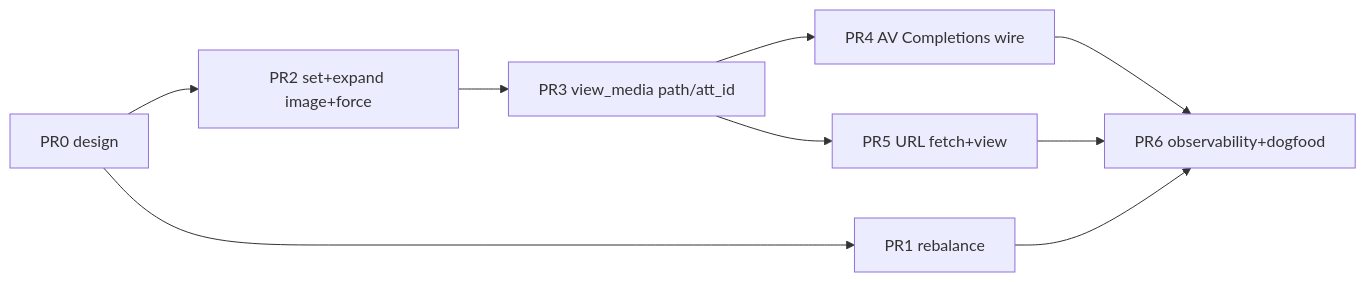
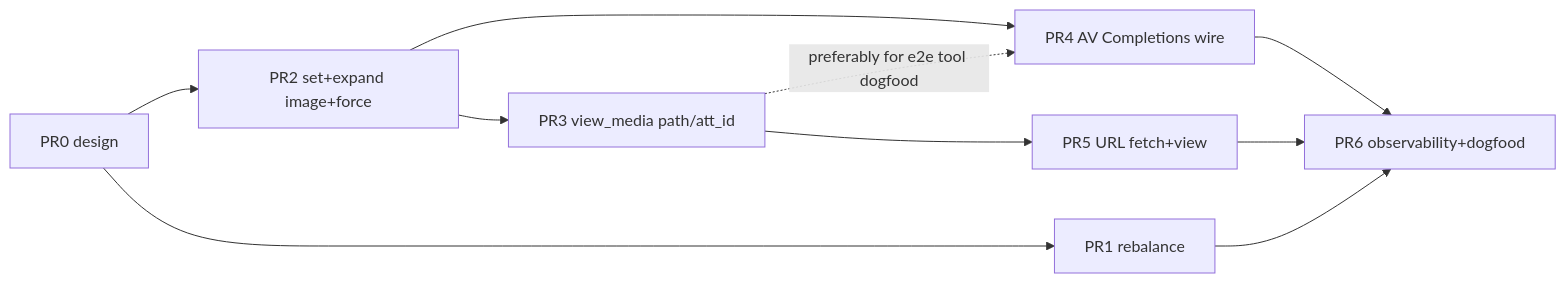
One commit to jtwolfe/project-elyra changed the fourth of 4 diagrams in docs/design/memory/design-view-media-meal-rebalance.md. Above: the diagram before and after it, drawn with Mermaid. The commit also changed other lines of this file, not shown here.

````diff
--- a/docs/design/memory/design-view-media-meal-rebalance.md
+++ b/docs/design/memory/design-view-media-meal-rebalance.md
@@ -776,11 +778,12 @@
 ```mermaid
 flowchart LR
   PR0[PR0 design] --> PR1[PR1 rebalance]
   PR0 --> PR2[PR2 set+expand image+force]
   PR2 --> PR3[PR3 view_media path/att_id]
-  PR3 --> PR4[PR4 AV Completions wire]
+  PR2 --> PR4[PR4 AV Completions wire]
+  PR3 -.->|preferably for e2e tool dogfood| PR4
   PR3 --> PR5[PR5 URL fetch+view]
   PR4 --> PR6[PR6 observability+dogfood]
   PR5 --> PR6
   PR1 --> PR6
 ```
````
